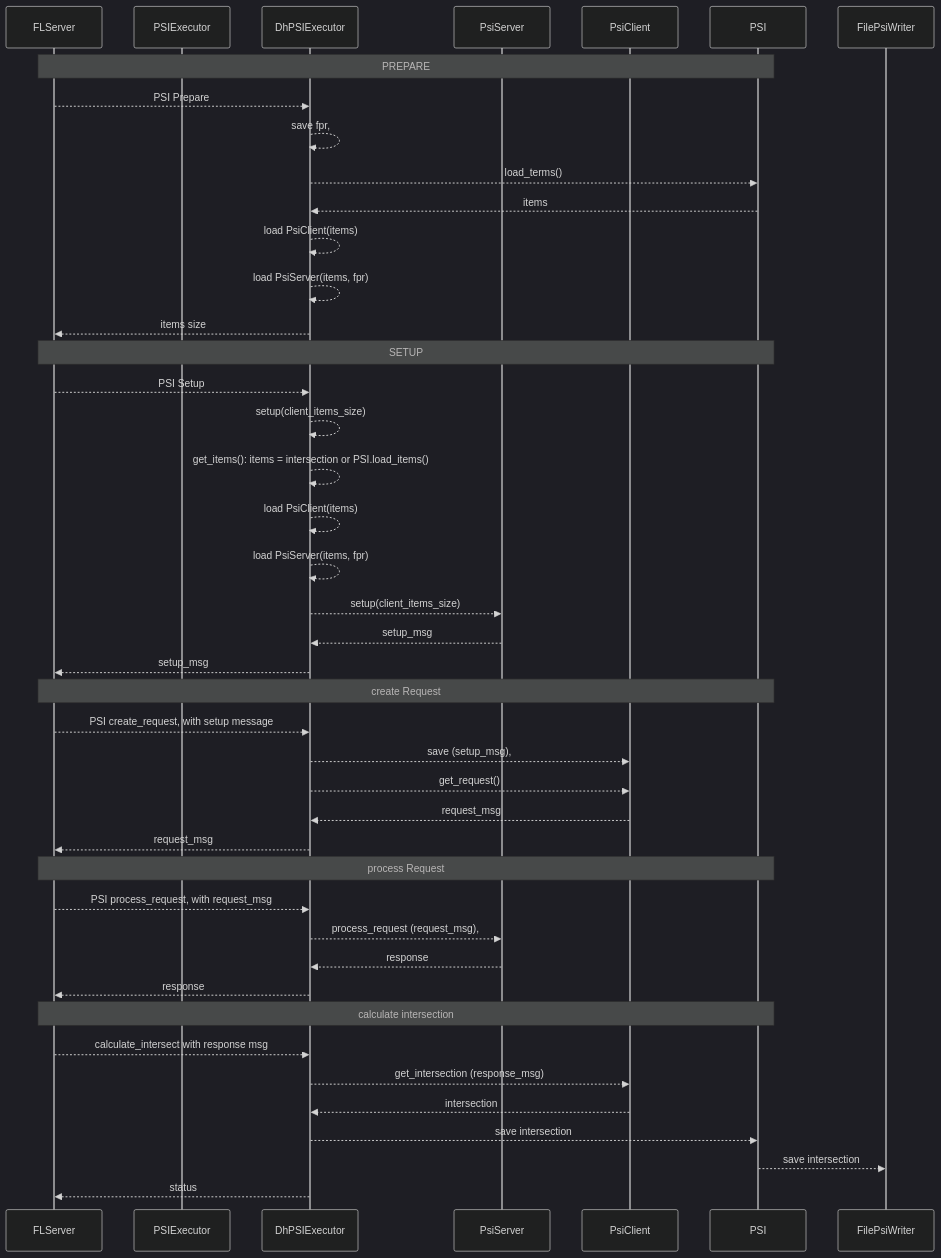
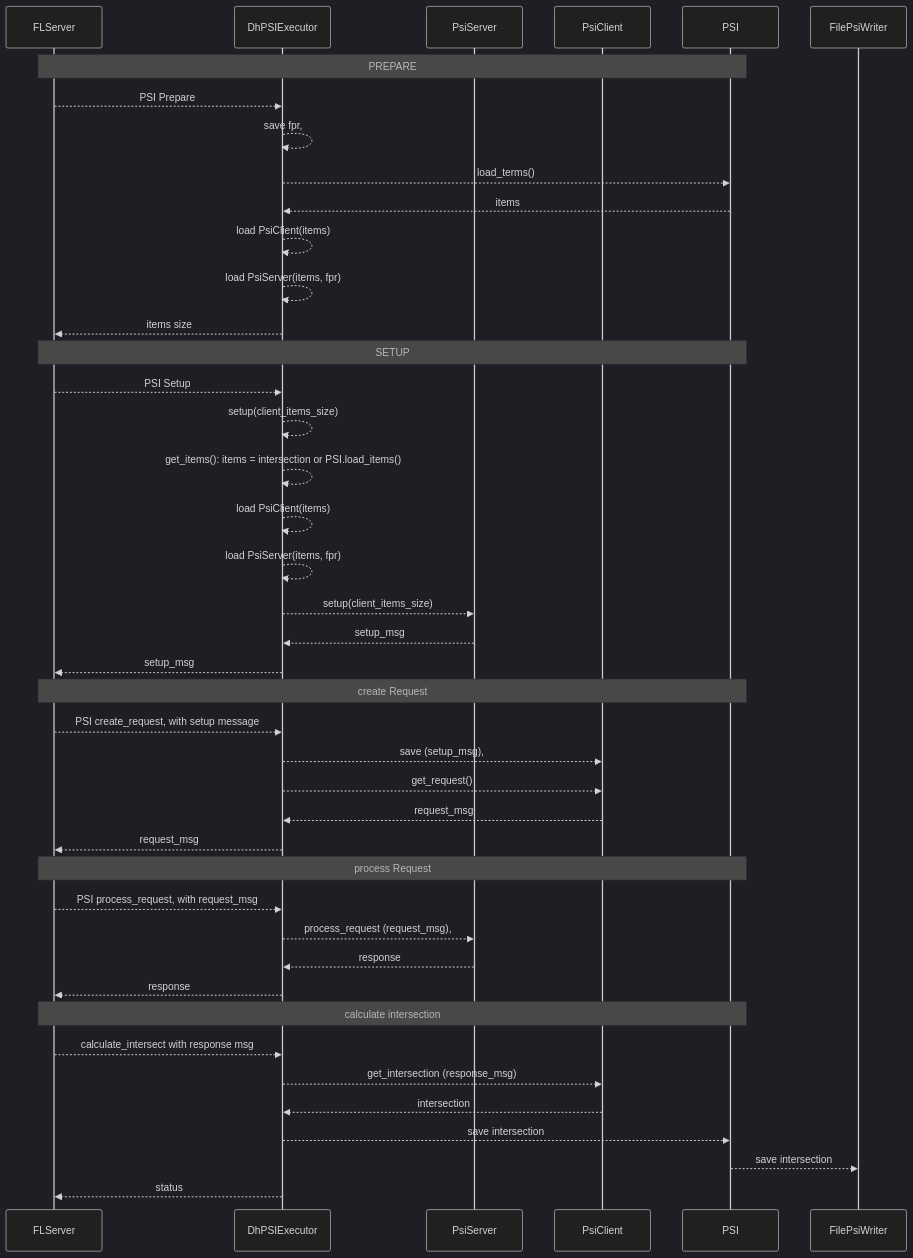
The second of 2 diagrams in nvflare/app_common/psi/README.md (NVIDIA/NVFlare), drawn with Mermaid (dark theme) before and after one commit.

````diff
--- a/nvflare/app_common/psi/README.md
+++ b/nvflare/app_common/psi/README.md
@@ -70,53 +70,52 @@
 ```mermaid
  
 sequenceDiagram
 
     participant FLServer
-    participant PSIExecutor
     participant DhPSIExecutor
     participant PsiServer
     participant PsiClient
     participant PSI
     participant FilePsiWriter
     
     Note over FLServer, PSI : PREPARE 
     FLServer -->> DhPSIExecutor : PSI Prepare 
     DhPSIExecutor -->> DhPSIExecutor : save fpr,
     DhPSIExecutor -->> PSI : load_terms()
     PSI -->> DhPSIExecutor: items
     DhPSIExecutor -->> DhPSIExecutor: load PsiClient(items)
     DhPSIExecutor -->> DhPSIExecutor: load PsiServer(items, fpr)
     DhPSIExecutor -->> FLServer : items size
     
     Note over FLServer, PSI : SETUP
     FLServer -->> DhPSIExecutor : PSI Setup
     DhPSIExecutor -->> DhPSIExecutor: setup(client_items_size)
     DhPSIExecutor -->> DhPSIExecutor : get_items(): items = intersection or PSI.load_items() 
     DhPSIExecutor -->> DhPSIExecutor: load PsiClient(items)
     DhPSIExecutor -->> DhPSIExecutor: load PsiServer(items, fpr)
     DhPSIExecutor -->> PsiServer: setup(client_items_size)
     PsiServer -->> DhPSIExecutor: setup_msg
     DhPSIExecutor -->> FLServer: setup_msg
     
     Note over FLServer, PSI : create Request
     FLServer -->> DhPSIExecutor : PSI create_request, with setup message
     DhPSIExecutor -->> PsiClient: save (setup_msg), 
     DhPSIExecutor -->> PsiClient : get_request()
     PsiClient -->> DhPSIExecutor : request_msg
     DhPSIExecutor -->> FLServer:request_msg
  
     Note over FLServer, PSI : process Request
     FLServer -->> DhPSIExecutor : PSI process_request, with request_msg
     DhPSIExecutor -->> PsiServer: process_request (request_msg), 
     PsiServer -->> DhPSIExecutor : response
     DhPSIExecutor -->> FLServer : response
  
     Note over FLServer, PSI : calculate intersection
     FLServer -->> DhPSIExecutor : calculate_intersect with response msg
     DhPSIExecutor -->> PsiClient: get_intersection (response_msg) 
     PsiClient -->> DhPSIExecutor : intersection
     DhPSIExecutor -->> PSI : save intersection
     PSI -->> FilePsiWriter : save intersection
     DhPSIExecutor -->> FLServer : status
     
 ```
````
